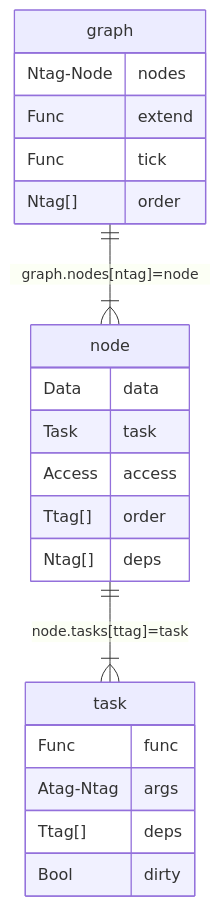
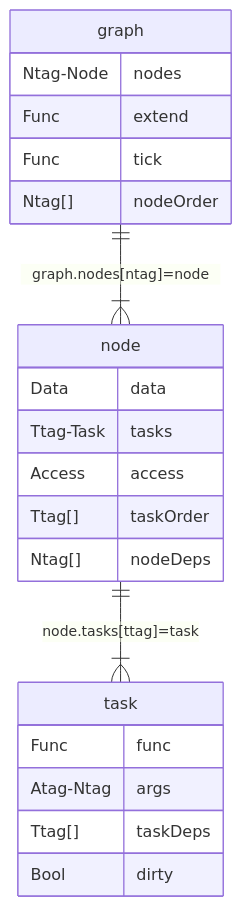
Before and after one commit to ShilianShen/SoftDep: the diagram in docs/erdiagram.lua.md, drawn with Mermaid. The commit also changed 1 other file, not shown here.

Commit message:
Refactor: update entity relationship diagram and improve task and node management

````diff
--- a/docs/erdiagram.lua.md
+++ b/docs/erdiagram.lua.md
@@ -1,25 +1,25 @@
 ```mermaid
 erDiagram
     graph {
         Ntag-Node nodes
         Func extend
         Func tick
-        Ntag[] order
+        Ntag[] nodeOrder
     }
     node {
         Data data
-        Task task
+        Ttag-Task tasks
         Access access
-        Ttag[] order
-        Ntag[] deps
+        Ttag[] taskOrder
+        Ntag[] nodeDeps
     }
     task {
         Func func
         Atag-Ntag args
-        Ttag[] deps
+        Ttag[] taskDeps
         Bool dirty
     }
 
     graph ||--|{ node : "graph.nodes[ntag]=node"
     node ||--|{ task : "node.tasks[ttag]=task"
 ```
````
